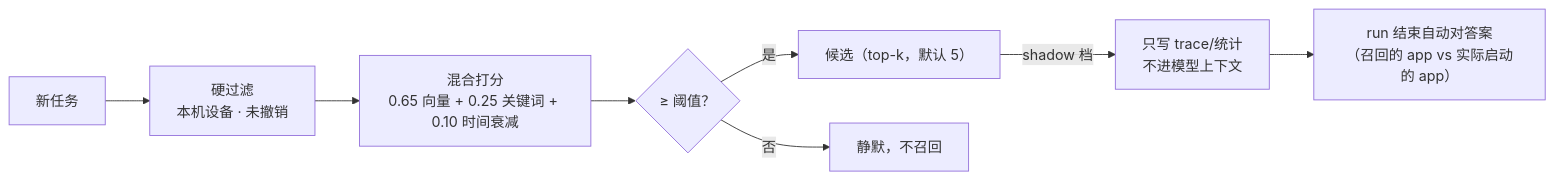
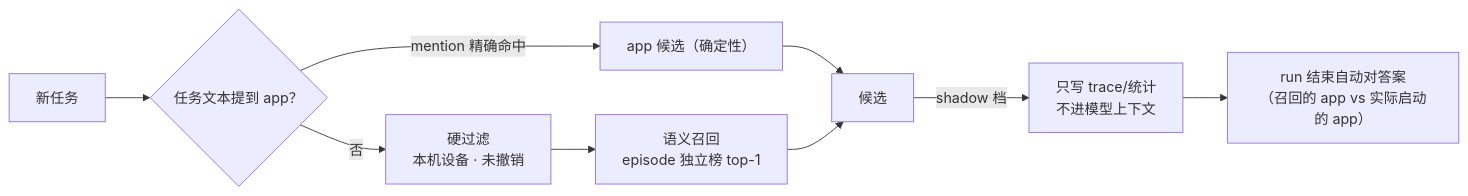
The second of 2 diagrams in pages/memory.md (tom-cat-mao/Open-AutoGLM), drawn with Mermaid before and after one commit. The commit also changed other lines of this file and 4 other files, not shown here.

````diff
--- a/pages/memory.md
+++ b/pages/memory.md
@@ -42,10 +48,11 @@
 ```mermaid
 flowchart LR
-    Q["新任务"] --> F["硬过滤<br/>本机设备 · 未撤销"]
-    F --> S["混合打分<br/>0.65 向量 + 0.25 关键词 + 0.10 时间衰减"]
-    S --> T{"≥ 阈值？"}
-    T -- 是 --> R["候选（top-k，默认 5）"]
-    T -- 否 --> NIL["静默，不召回"]
+    Q["新任务"] --> M{"任务文本提到 app？"}
+    M -- "mention 精确命中" --> AA["app 候选（确定性）"]
+    M -- 否 --> F["硬过滤<br/>本机设备 · 未撤销"]
+    F --> S["语义召回<br/>episode 独立榜 top-1"]
+    AA --> R["候选"]
+    S --> R
     R -->|shadow 档| LOG["只写 trace/统计<br/>不进模型上下文"]
     LOG --> EVAL["run 结束自动对答案<br/>（召回的 app vs 实际启动的 app）"]
 ```
````
